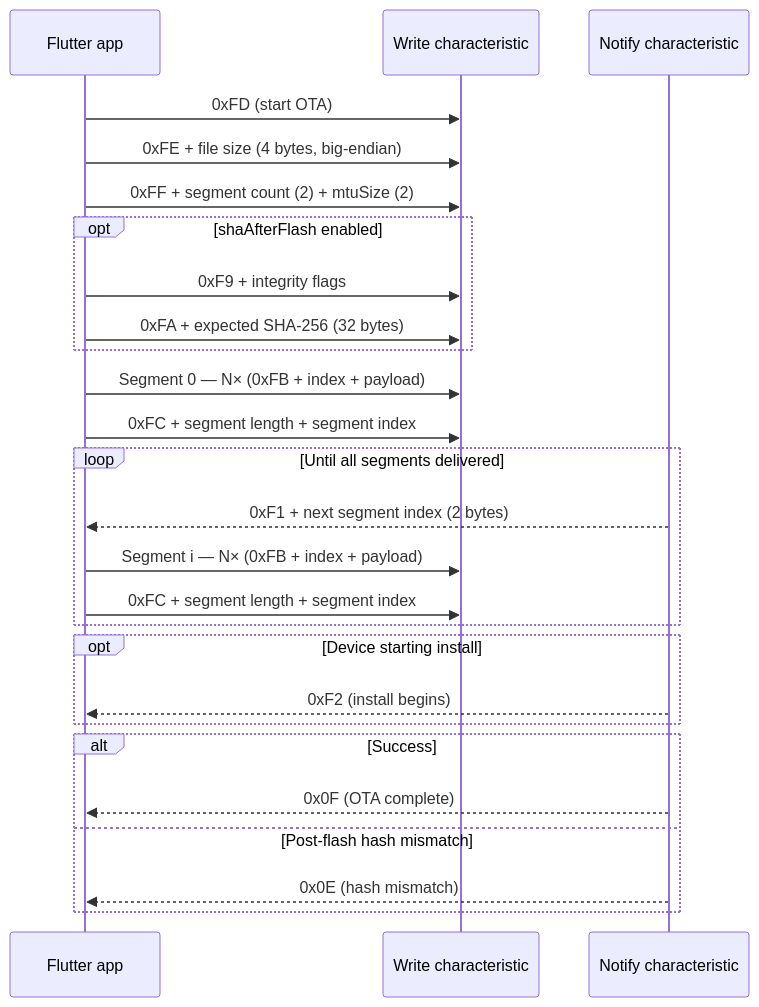
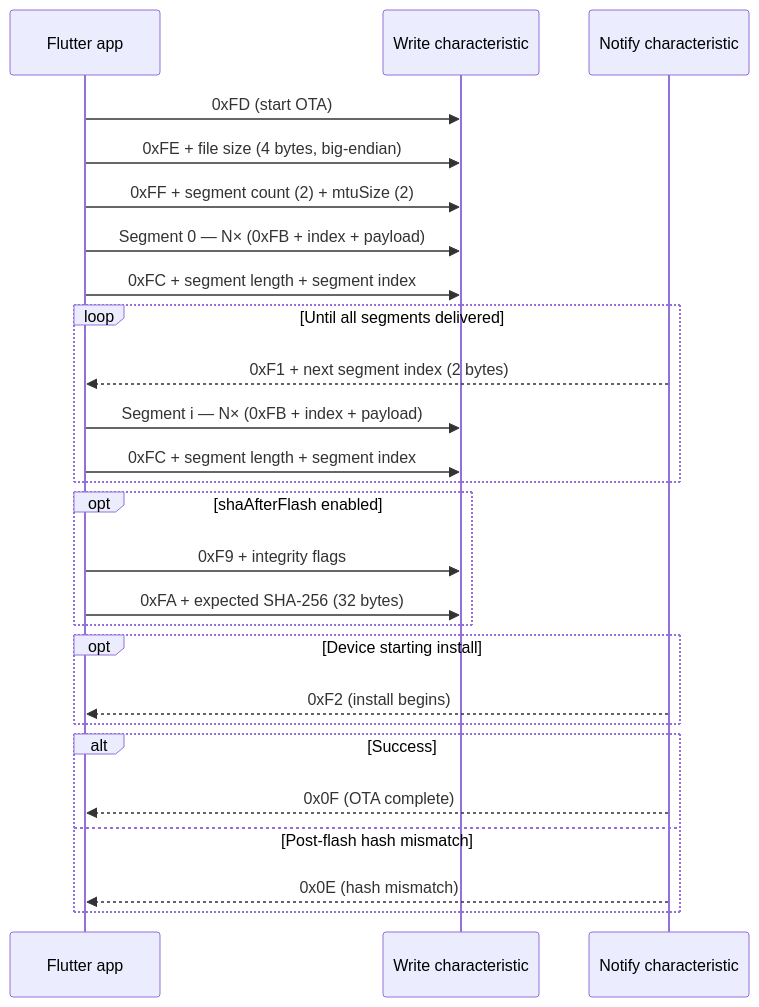
Before and after one commit to Qamarzaman555/flutter_ota: the second of 2 diagrams in DOCUMENTATION.md, drawn with Mermaid. The commit also changed other lines of this file and 5 other files, not shown here.

Commit message:
docs: update CHANGELOG.md, DOCUMENTATION.md, and README.md to clarify the timing of integrity checks and expected SHA-256 digest transmission during OTA updates

````diff
--- a/DOCUMENTATION.md
+++ b/DOCUMENTATION.md
@@ -597,34 +599,34 @@
 ```mermaid
 sequenceDiagram
   participant App as Flutter app
   participant Write as Write characteristic
   participant Notify as Notify characteristic
 
   App->>Write: 0xFD (start OTA)
   App->>Write: 0xFE + file size (4 bytes, big-endian)
   App->>Write: 0xFF + segment count (2) + mtuSize (2)
 
-  opt shaAfterFlash enabled
-    App->>Write: 0xF9 + integrity flags
-    App->>Write: 0xFA + expected SHA-256 (32 bytes)
-  end
-
   App->>Write: Segment 0 — N× (0xFB + index + payload)
   App->>Write: 0xFC + segment length + segment index
 
   loop Until all segments delivered
     Notify-->>App: 0xF1 + next segment index (2 bytes)
     App->>Write: Segment i — N× (0xFB + index + payload)
     App->>Write: 0xFC + segment length + segment index
+  end
+
+  opt shaAfterFlash enabled
+    App->>Write: 0xF9 + integrity flags
+    App->>Write: 0xFA + expected SHA-256 (32 bytes)
   end
 
   opt Device starting install
     Notify-->>App: 0xF2 (install begins)
   end
 
   alt Success
     Notify-->>App: 0x0F (OTA complete)
   else Post-flash hash mismatch
     Notify-->>App: 0x0E (hash mismatch)
   end
 ```
````
